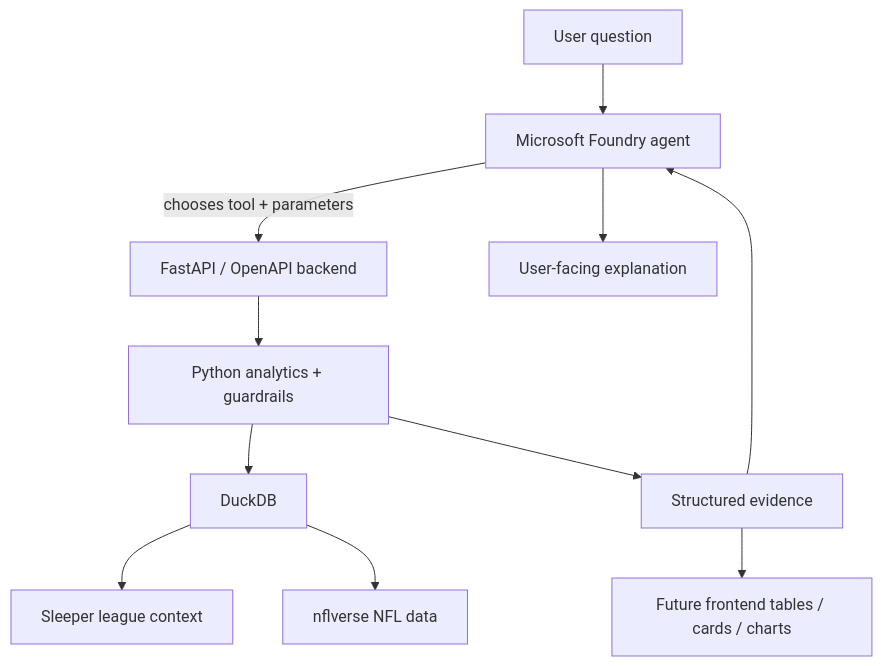
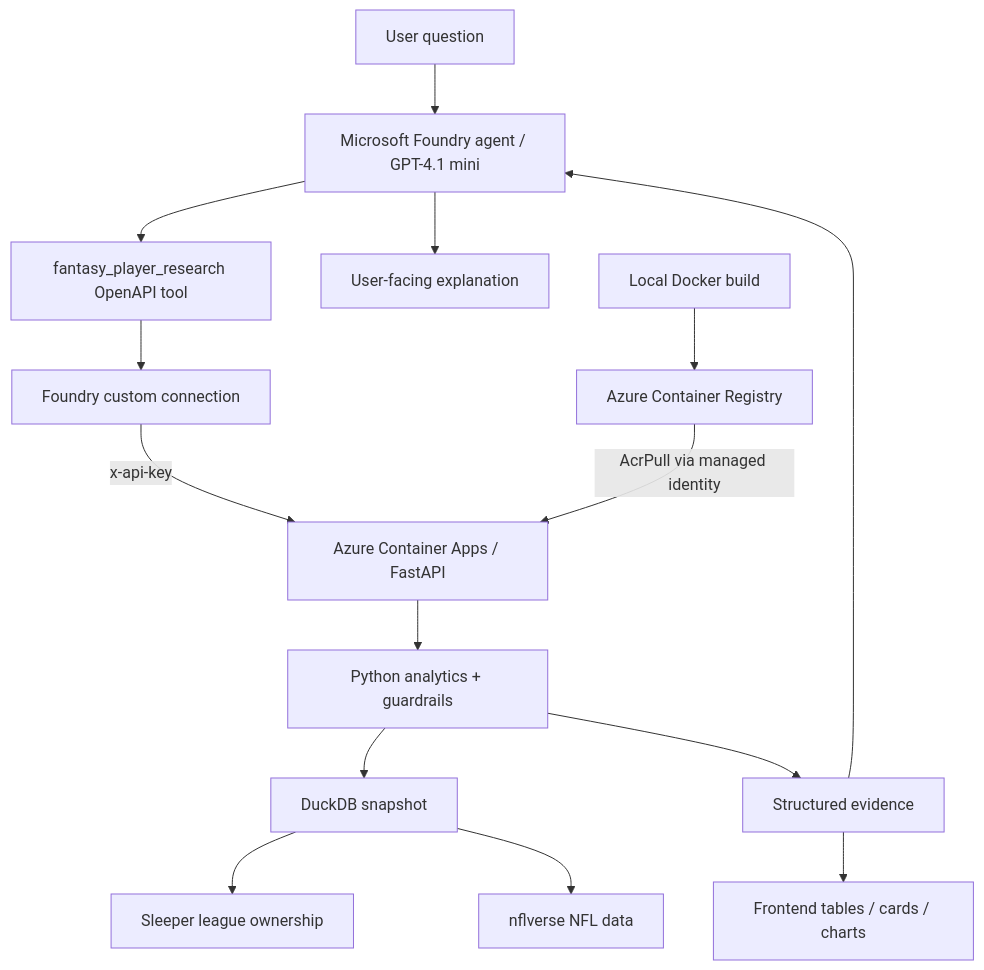
Before and after one commit to nikkiljag/fantasy-research-agent: the first of 2 diagrams in docs/PROJECT_JOURNAL.md, drawn with Mermaid. The commit also changed other lines of this file and 8 other files, not shown here.

Commit message:
Deploy secured FastAPI backend to Azure and update docs

````diff
--- a/docs/PROJECT_JOURNAL.md
+++ b/docs/PROJECT_JOURNAL.md
@@ -75,13 +75,18 @@
 ```mermaid
 flowchart TD
-    A[User question] --> B[Microsoft Foundry agent]
-    B -->|chooses tool + parameters| C[FastAPI / OpenAPI backend]
-    C --> D[Python analytics + guardrails]
-    D --> E[DuckDB]
-    E --> F[Sleeper league context]
-    E --> G[nflverse NFL data]
-    D --> H[Structured evidence]
-    H --> B
-    B --> I[User-facing explanation]
-    H --> J[Future frontend tables / cards / charts]
+    A[User question] --> B[Microsoft Foundry agent / GPT-4.1 mini]
+    B --> C[fantasy_player_research OpenAPI tool]
+    C --> D[Foundry custom connection]
+    D -->|x-api-key| E[Azure Container Apps / FastAPI]
+    E --> F[Python analytics + guardrails]
+    F --> G[DuckDB snapshot]
+    G --> H[Sleeper league ownership]
+    G --> I[nflverse NFL data]
+    F --> J[Structured evidence]
+    J --> B
+    B --> K[User-facing explanation]
+    J --> L[Frontend tables / cards / charts]
+
+    M[Local Docker build] --> N[Azure Container Registry]
+    N -->|AcrPull via managed identity| E
 ```
````
